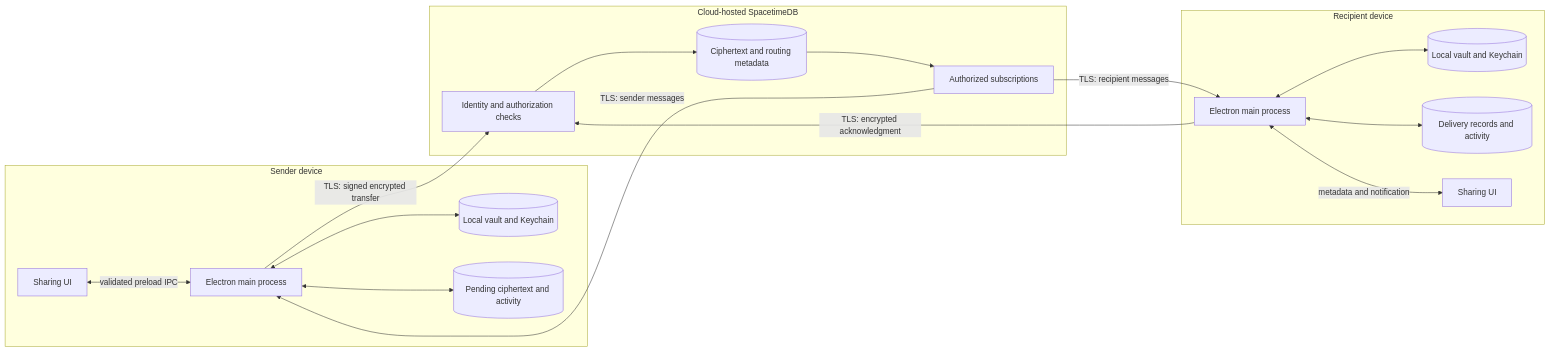
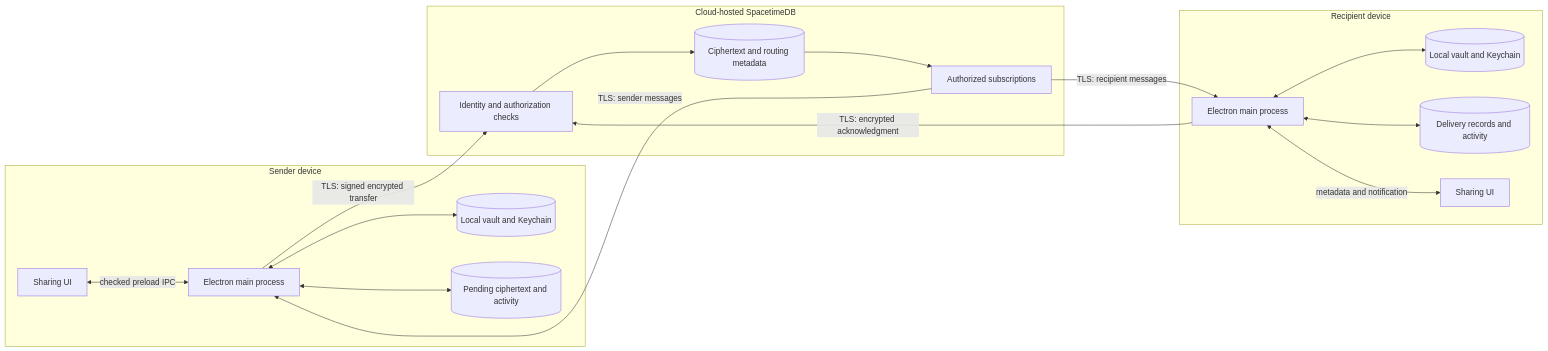
The first of 2 diagrams in docs/architecture.md (LakshyaDhingra/.sct), drawn with Mermaid before and after one commit. The commit also changed other lines of this file and 10 other files, not shown here.

````diff
--- a/docs/architecture.md
+++ b/docs/architecture.md
@@ -45,21 +45,21 @@
 ```mermaid
 flowchart LR
   subgraph A[Sender device]
-    SU[Sharing UI] <-->|validated preload IPC| SM[Electron main process]
+    SU[Sharing UI] <-->|checked preload IPC| SM[Electron main process]
     SM <--> SK[(Local vault and Keychain)]
     SM <--> SQ[(Pending ciphertext and activity)]
   end
   SM -->|TLS: signed encrypted transfer| AUTH
   subgraph C[Cloud-hosted SpacetimeDB]
     AUTH[Identity and authorization checks] --> DB[(Ciphertext and routing metadata)]
     DB --> SUB[Authorized subscriptions]
   end
   SUB -->|TLS: recipient messages| RM
   subgraph B[Recipient device]
     RM[Electron main process] <--> RK[(Local vault and Keychain)]
     RM <--> RQ[(Delivery records and activity)]
     RM <-->|metadata and notification| RU[Sharing UI]
   end
   RM -->|TLS: encrypted acknowledgment| AUTH
   SUB -->|TLS: sender messages| SM
 ```
````
